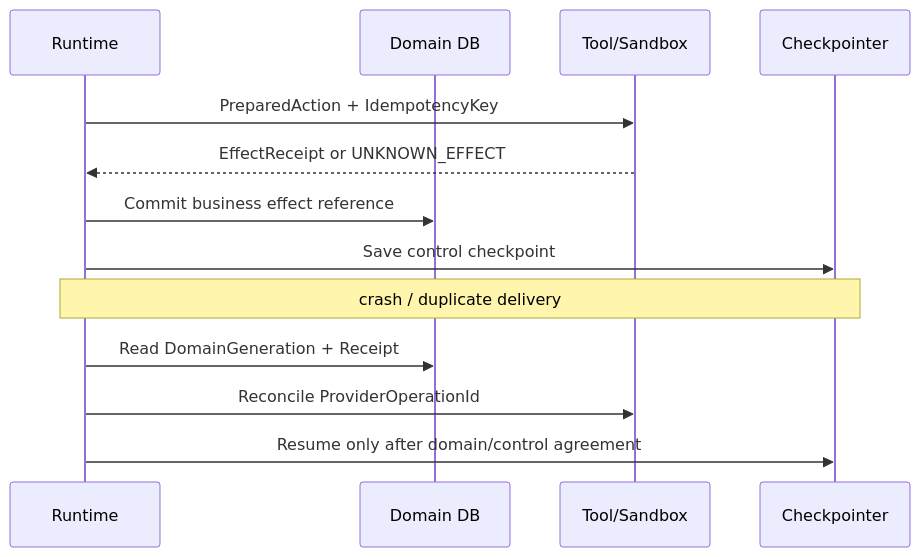
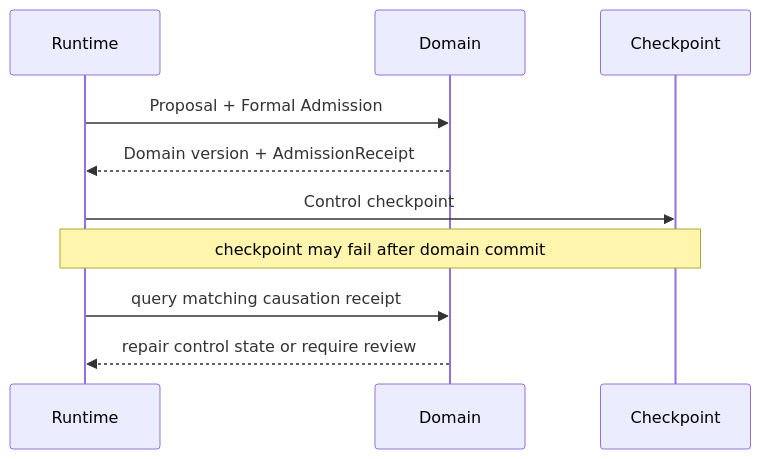
Before and after one commit to ProfessorZhi/Zuno: diagram 12 of 14 in docs/architecture/architecture-views.md, drawn with Mermaid. The commit also changed other lines of this file and 14 other files, not shown here.

Commit message:
docs: apply round 02 architecture revision

````diff
--- a/docs/architecture/architecture-views.md
+++ b/docs/architecture/architecture-views.md
@@ -217,15 +187,12 @@
 ```mermaid
 sequenceDiagram
   participant R as Runtime
-  participant D as Domain DB
-  participant T as Tool/Sandbox
-  participant C as Checkpointer
-  R->>T: PreparedAction + IdempotencyKey
-  T-->>R: EffectReceipt or UNKNOWN_EFFECT
-  R->>D: Commit business effect reference
-  R->>C: Save control checkpoint
-  Note over R,C: crash / duplicate delivery
-  R->>D: Read DomainGeneration + Receipt
-  R->>T: Reconcile ProviderOperationId
-  R->>C: Resume only after domain/control agreement
+  participant D as Domain
+  participant C as Checkpoint
+  R->>D: Proposal + Formal Admission
+  D-->>R: Domain version + AdmissionReceipt
+  R->>C: Control checkpoint
+  Note over R,C: checkpoint may fail after domain commit
+  R->>D: query matching causation receipt
+  D-->>R: repair control state or require review
 ```
````
